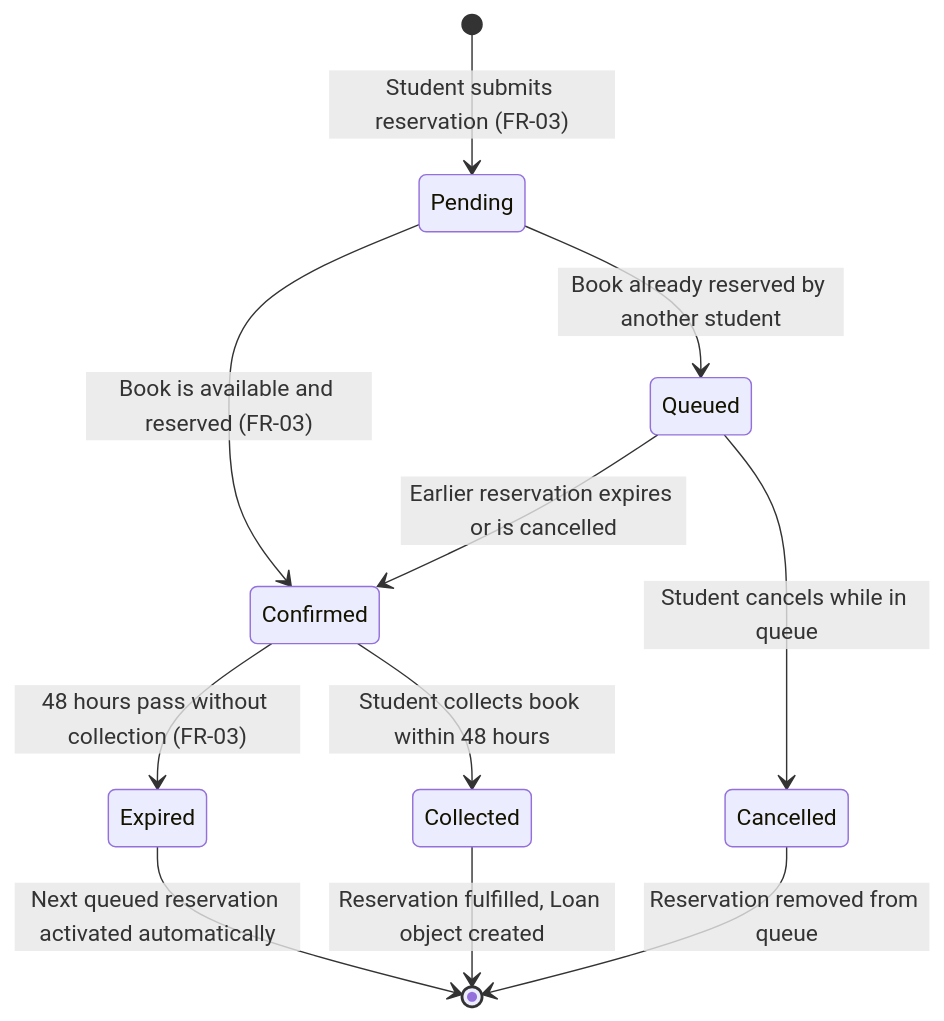
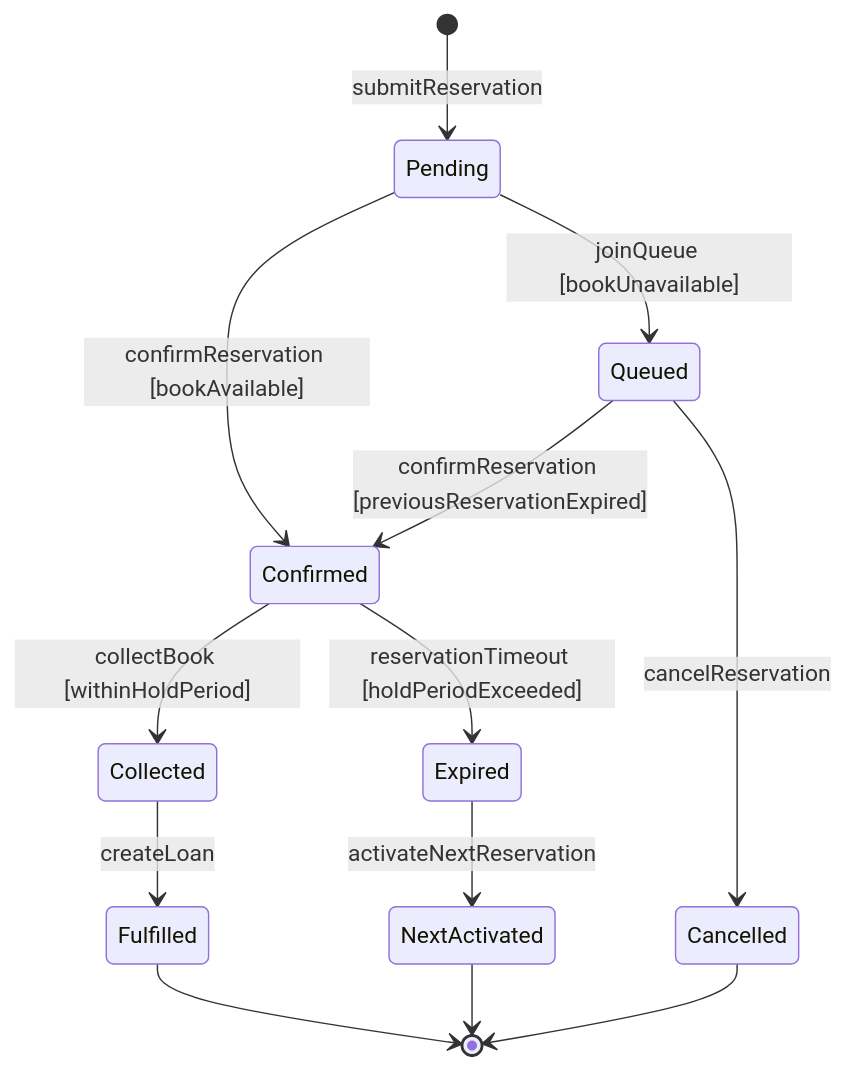
One commit to 211225347/Smart-Academic-Library-Assistance-System-SALAS- changed the fourth of 8 diagrams in STATE_TRANSITION_DIAGRAMS.md. Above: the diagram before and after it, drawn with Mermaid. The commit also changed other lines of this file, not shown here.

````diff
--- a/STATE_TRANSITION_DIAGRAMS.md
+++ b/STATE_TRANSITION_DIAGRAMS.md
@@ -135,17 +141,19 @@
 ```mermaid
 stateDiagram-v2
-    [*] --> Pending : Student submits reservation (FR-03)
+    [*] --> Pending : submitReservation
 
-    Pending --> Confirmed : Book is available and reserved (FR-03)
-    Pending --> Queued : Book already reserved by another student
+    Pending --> Confirmed : confirmReservation [bookAvailable]
+    Pending --> Queued : joinQueue [bookUnavailable]
 
-    Confirmed --> Collected : Student collects book within 48 hours
-    Confirmed --> Expired : 48 hours pass without collection (FR-03)
+    Confirmed --> Collected : collectBook [withinHoldPeriod]
+    Confirmed --> Expired : reservationTimeout [holdPeriodExceeded]
 
-    Queued --> Confirmed : Earlier reservation expires or is cancelled
-    Queued --> Cancelled : Student cancels while in queue
+    Queued --> Confirmed : confirmReservation [previousReservationExpired]
+    Queued --> Cancelled : cancelReservation
 
-    Expired --> [*] : Next queued reservation activated automatically
-    Collected --> [*] : Reservation fulfilled, Loan object created
-    Cancelled --> [*] : Reservation removed from queue
+    Expired --> NextActivated : activateNextReservation
+    Collected --> Fulfilled : createLoan
+    Cancelled --> [*]
+    NextActivated --> [*]
+    Fulfilled --> [*]
 ```
````
